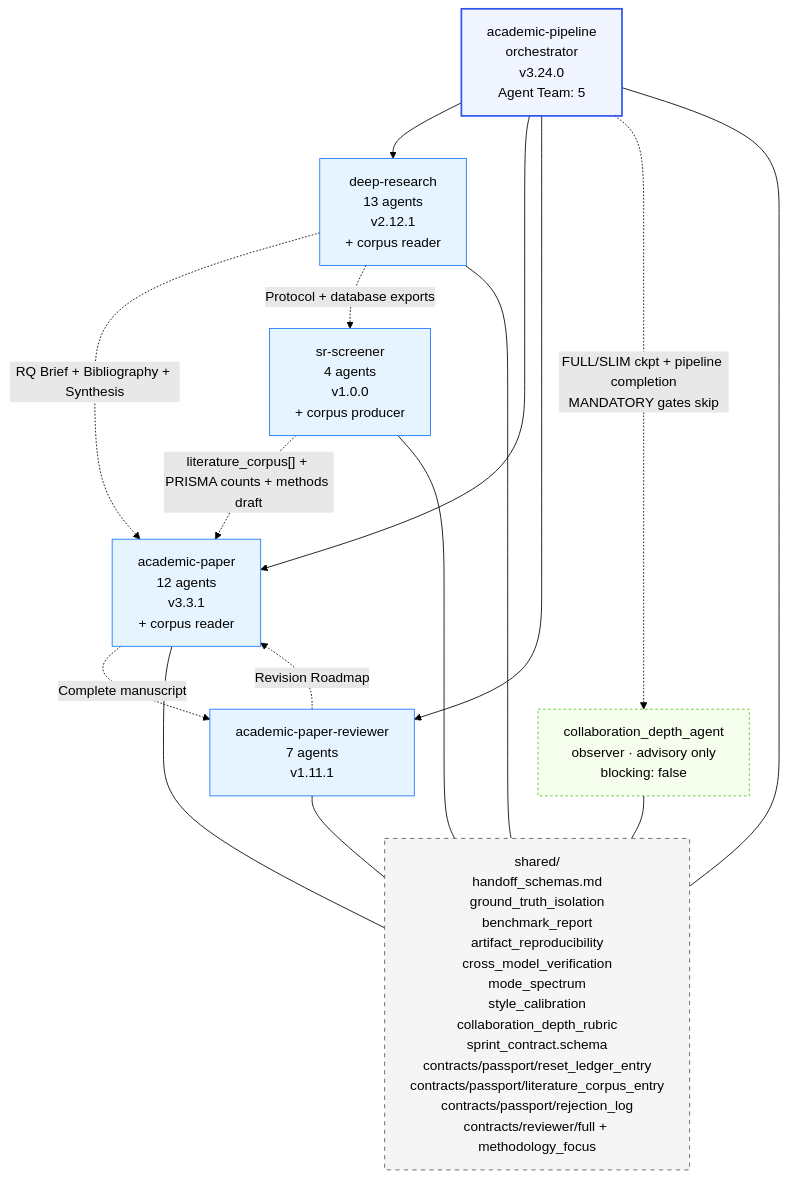
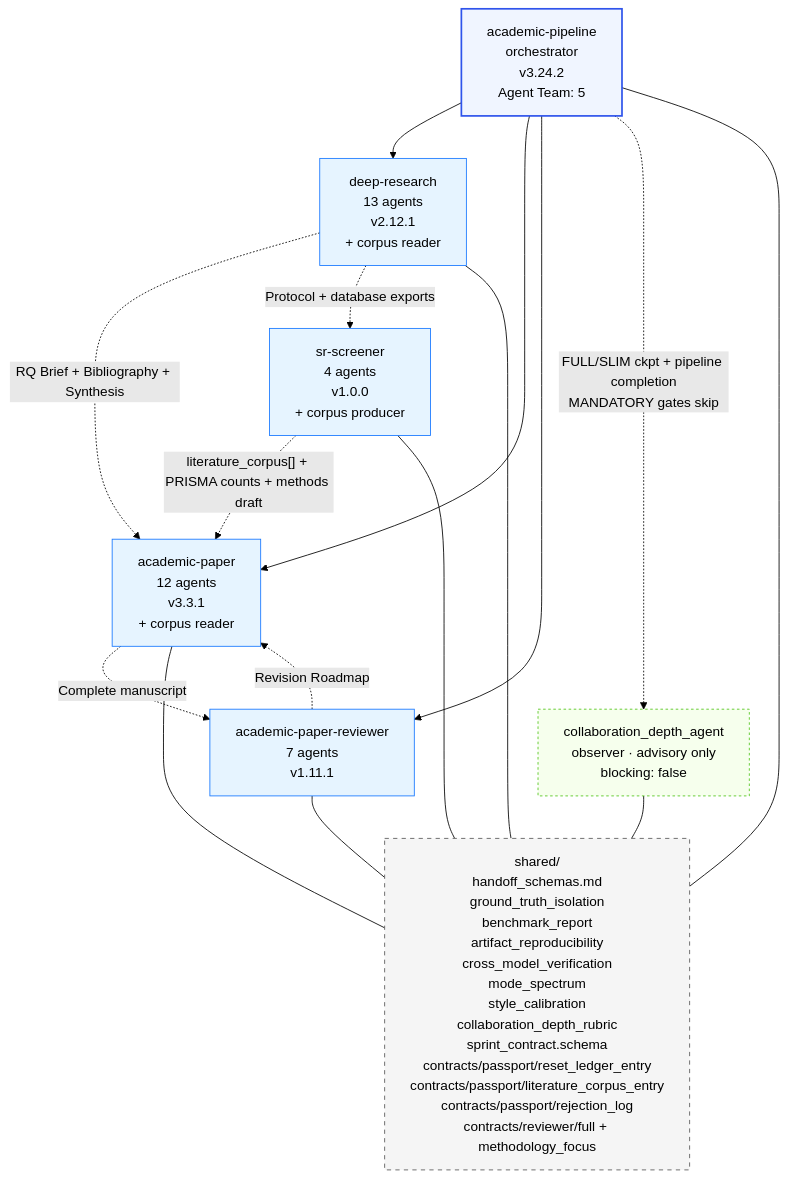
The fourth of 5 diagrams in skills/urban-exposure-review-radar-workflow/subskills/academic-research-suite/ars/docs/ARCHITECTURE.md (Lzy599775/agent-auto-sci-skills), drawn with Mermaid (forest theme) before and after one commit. The commit also changed other lines of this file and 517 other files, not shown here.

````diff
--- a/skills/urban-exposure-review-radar-workflow/subskills/academic-research-suite/ars/docs/ARCHITECTURE.md
+++ b/skills/urban-exposure-review-radar-workflow/subskills/academic-research-suite/ars/docs/ARCHITECTURE.md
@@ -220,35 +220,35 @@
 ```mermaid
 graph TD
-    Pipeline[academic-pipeline<br/>orchestrator<br/>v3.24.0<br/>Agent Team: 5]
+    Pipeline[academic-pipeline<br/>orchestrator<br/>v3.24.2<br/>Agent Team: 5]
     Observer[collaboration_depth_agent<br/>observer · advisory only<br/>blocking: false]
     DR[deep-research<br/>13 agents<br/>v2.12.1<br/>+ corpus reader]
     AP[academic-paper<br/>12 agents<br/>v3.3.1<br/>+ corpus reader]
     APR[academic-paper-reviewer<br/>7 agents<br/>v1.11.1]
     SRS[sr-screener<br/>4 agents<br/>v1.0.0<br/>+ corpus producer]
     Shared[shared/<br/>handoff_schemas.md<br/>ground_truth_isolation<br/>benchmark_report<br/>artifact_reproducibility<br/>cross_model_verification<br/>mode_spectrum<br/>style_calibration<br/>collaboration_depth_rubric<br/>sprint_contract.schema<br/>contracts/passport/reset_ledger_entry<br/>contracts/passport/literature_corpus_entry<br/>contracts/passport/rejection_log<br/>contracts/reviewer/full + methodology_focus]
 
     Pipeline --> DR
     Pipeline --> AP
     Pipeline --> APR
     Pipeline -. "FULL/SLIM ckpt + pipeline completion<br/>MANDATORY gates skip" .-> Observer
     DR -. "RQ Brief + Bibliography + Synthesis" .-> AP
     AP -. "Complete manuscript" .-> APR
     APR -. "Revision Roadmap" .-> AP
     DR -. "Protocol + database exports" .-> SRS
     SRS -. "literature_corpus[] + PRISMA counts + methods draft" .-> AP
     DR --- Shared
     AP --- Shared
     APR --- Shared
     Pipeline --- Shared
     Observer --- Shared
     SRS --- Shared
 
     classDef orch fill:#f0f5ff,stroke:#2f54eb,stroke-width:2px
     classDef skill fill:#e6f4ff,stroke:#1677ff
     classDef shared fill:#f5f5f5,stroke:#595959,stroke-dasharray:5 5
     classDef observer fill:#f6ffed,stroke:#52c41a,stroke-dasharray:3 3
     class Pipeline orch
     class DR,AP,APR,SRS skill
     class Shared shared
     class Observer observer
 ```
````
